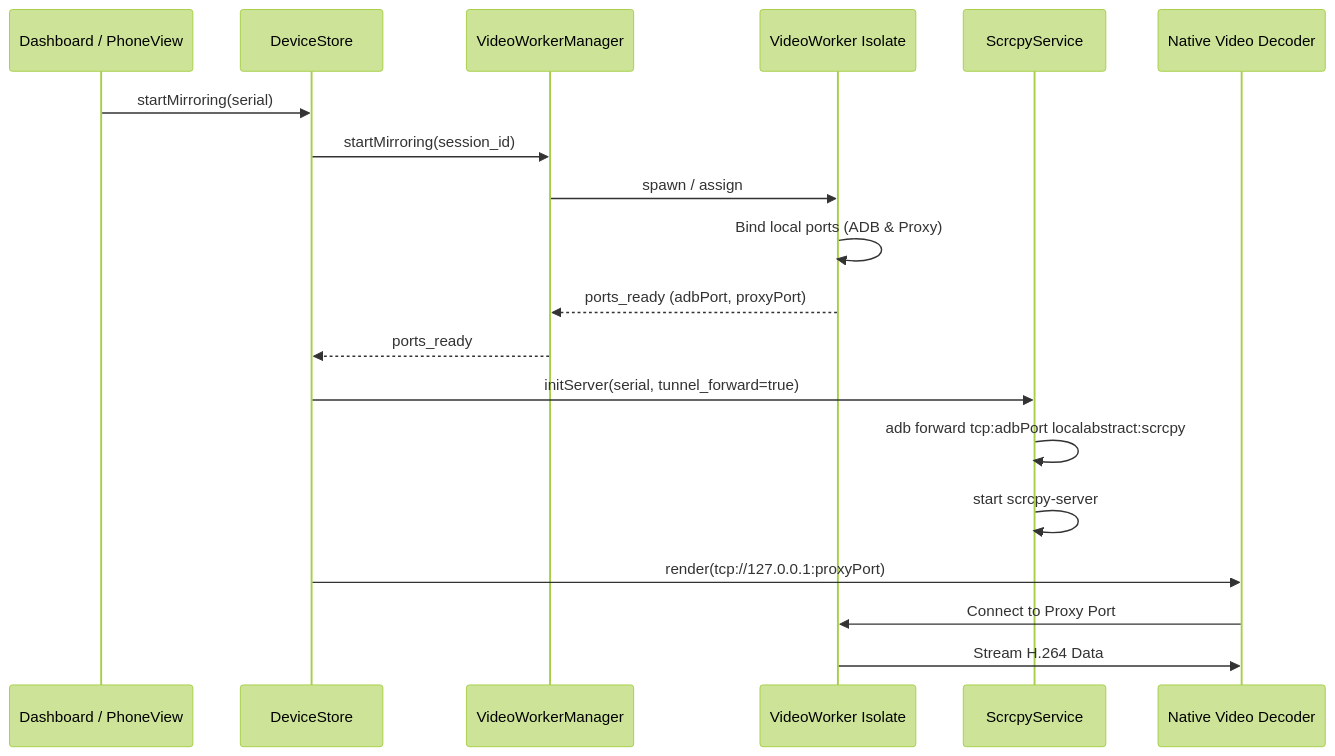
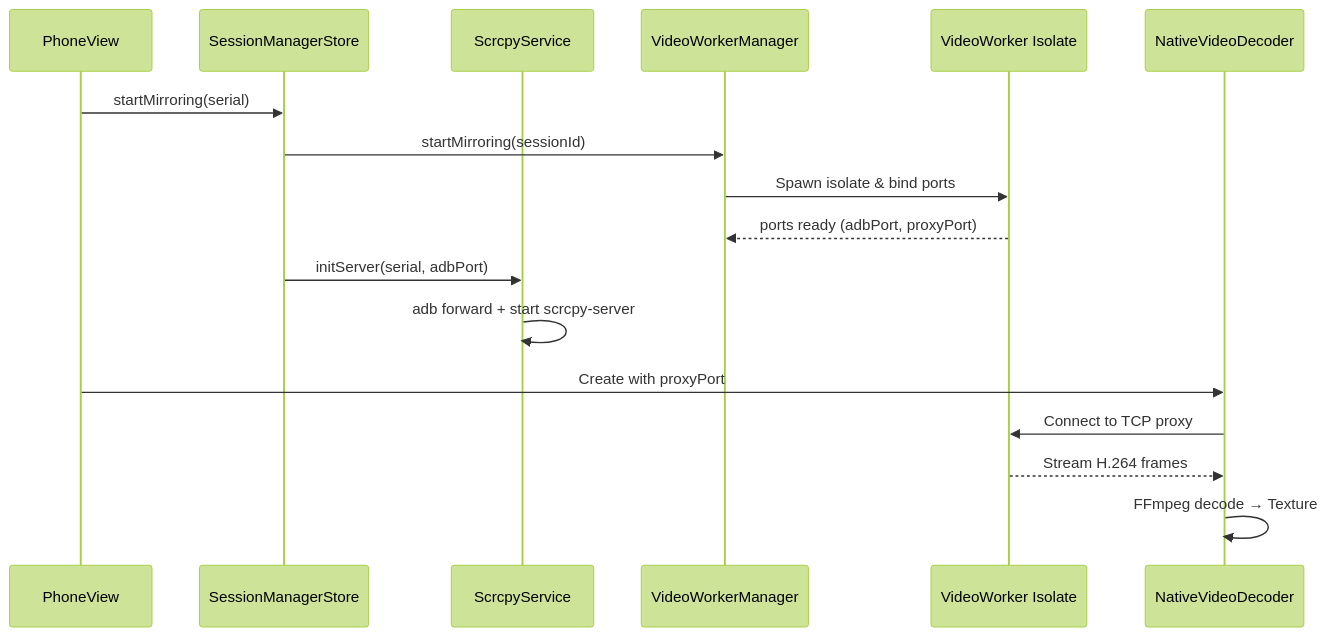
The first of 2 diagrams in ARCHITECTURE.md (anhkiet-201/-scraki), drawn with Mermaid (forest theme) before and after one commit. The commit also changed other lines of this file and 1 other file, not shown here.

First line of the commit message:
docs: update README and ARCHITECTURE documentation

````diff
--- a/ARCHITECTURE.md
+++ b/ARCHITECTURE.md
@@ -29,24 +91,22 @@
 ```mermaid
 sequenceDiagram
-    participant UI as Dashboard / PhoneView
-    participant Store as DeviceStore
-    participant Manager as VideoWorkerManager
+    participant UI as PhoneView
+    participant Session as SessionManagerStore
+    participant Scrcpy as ScrcpyService
+    participant Worker as VideoWorkerManager
     participant Isolate as VideoWorker Isolate
-    participant Svc as ScrcpyService
-    participant Native as Native Video Decoder
+    participant Decoder as NativeVideoDecoder
 
-    UI->>Store: startMirroring(serial)
-    Store->>Manager: startMirroring(session_id)
-    Manager->>Isolate: spawn / assign
-    Isolate->>Isolate: Bind local ports (ADB & Proxy)
-    Isolate-->>Manager: ports_ready (adbPort, proxyPort)
-    Manager-->>Store: ports_ready
+    UI->>Session: startMirroring(serial)
+    Session->>Worker: startMirroring(sessionId)
+    Worker->>Isolate: Spawn isolate & bind ports
+    Isolate-->>Worker: ports ready (adbPort, proxyPort)
 
-    Store->>Svc: initServer(serial, tunnel_forward=true)
-    Svc->>Svc: adb forward tcp:adbPort localabstract:scrcpy
-    Svc->>Svc: start scrcpy-server
+    Session->>Scrcpy: initServer(serial, adbPort)
+    Scrcpy->>Scrcpy: adb forward + start scrcpy-server
 
-    Store->>Native: render(tcp://127.0.0.1:proxyPort)
-    Native->>Isolate: Connect to Proxy Port
-    Isolate->>Native: Stream H.264 Data
+    UI->>Decoder: Create with proxyPort
+    Decoder->>Isolate: Connect to TCP proxy
+    Isolate-->>Decoder: Stream H.264 frames
+    Decoder->>Decoder: FFmpeg decode → Texture
 ```
````
